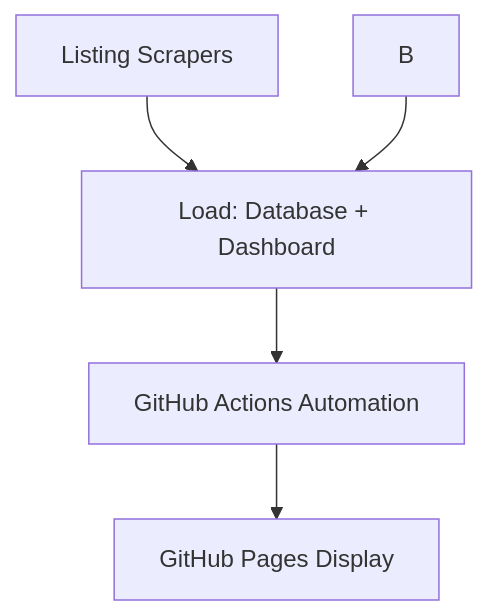
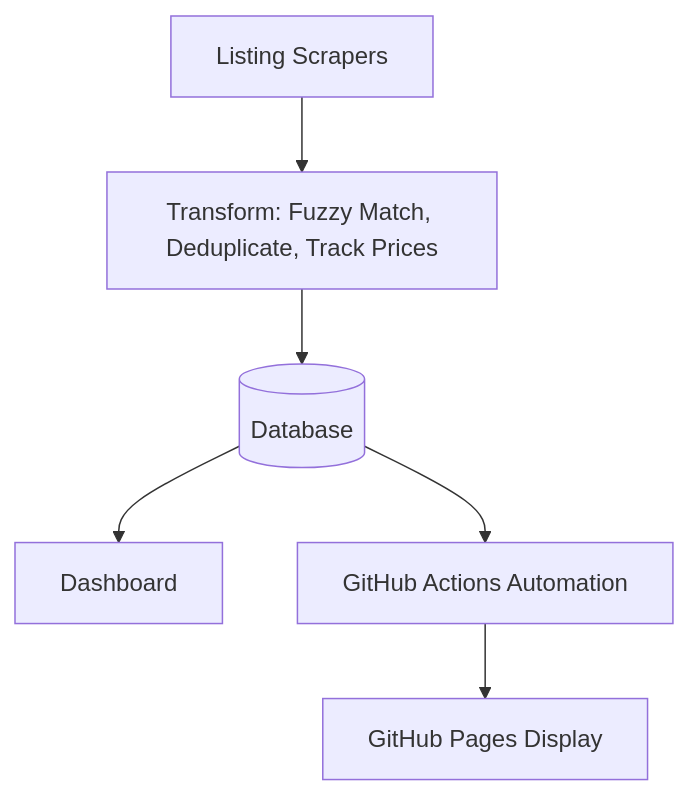
One commit to BarnardF/Motorcycle-listing-web-scraper changed the diagram in README.md. Above: the diagram before and after it, drawn with Mermaid.

````diff
--- a/README.md
+++ b/README.md
@@ -22,7 +22,8 @@
 ```mermaid
 flowchart TD
-    A[Listing Scrapers] --> C[Transform: Fuzzy Match, Deduplicate, Track Prices]
-    B --> C[Load: Database + Dashboard]
-    C --> D[GitHub Actions Automation]
-    D --> E[GitHub Pages Display]
+    A[Listing Scrapers] --> B[Transform: Fuzzy Match, Deduplicate, Track Prices]
+    B --> C[(Database)]
+    C --> D[Dashboard]
+    C --> E[GitHub Actions Automation]
+    E --> F[GitHub Pages Display]
 ```
````
